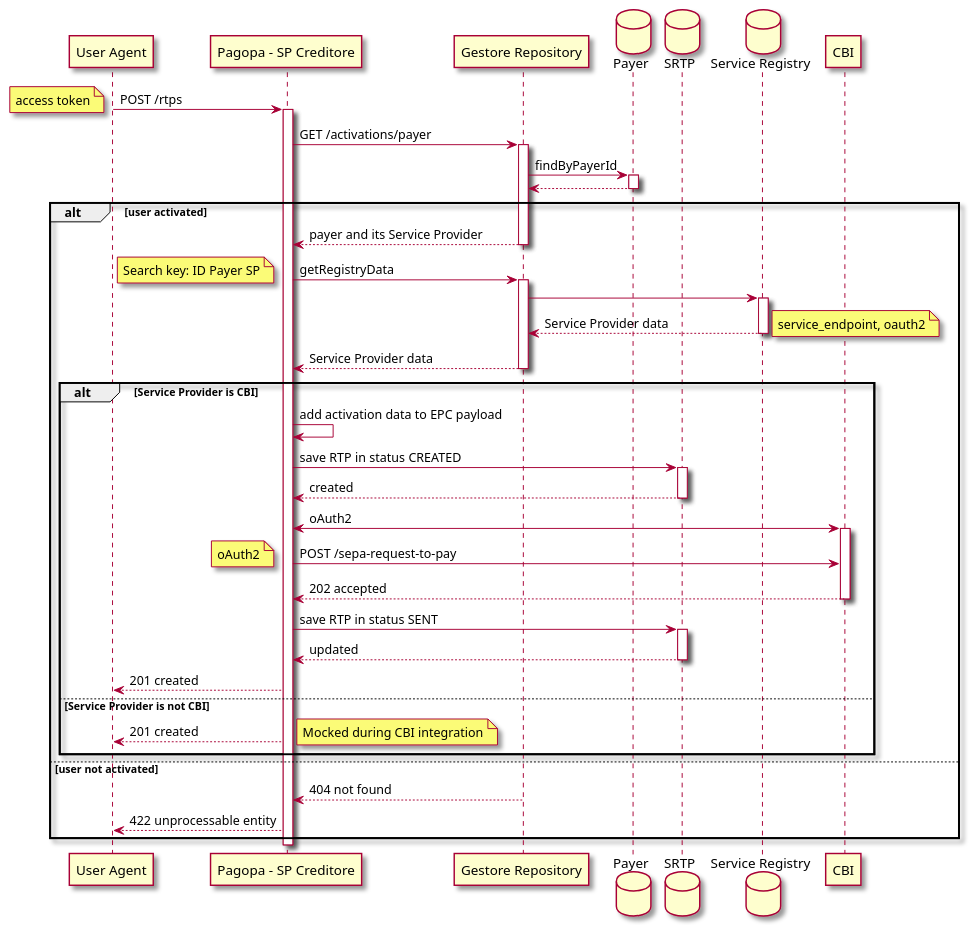
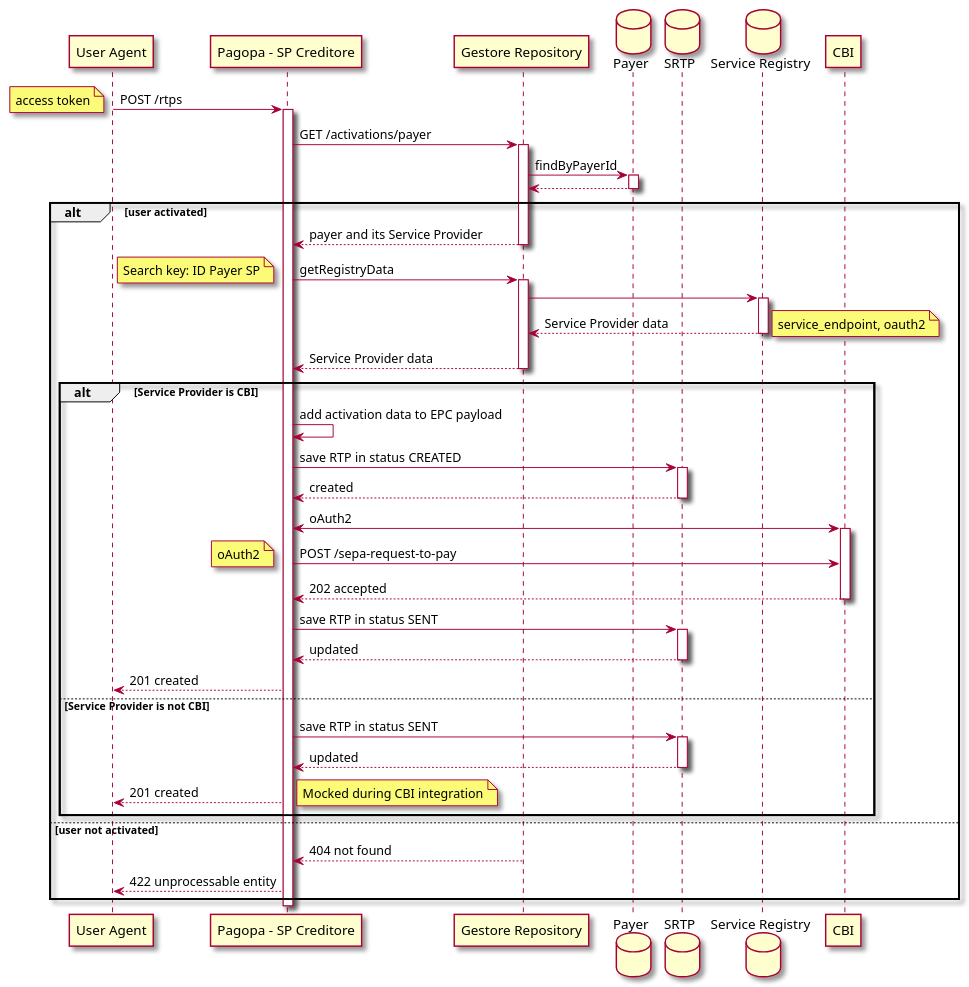
One commit to pagopa/rtp-docs changed the diagram in diagrams/send.puml. Above: the diagram before and after it, drawn with PlantUML.

Commit message:
[SRTP-301] save at DB in mock flow

```diff
--- a/diagrams/send.puml
+++ b/diagrams/send.puml
@@ -1,80 +1,85 @@
 @startuml
 
 skin rose
 participant "User Agent" as UA
 participant "Pagopa - SP Creditore" as SPC
 participant "Gestore Repository" as GR
 database "Payer" as Payer
 database "SRTP" as SRTP
 database "Service Registry" as SR
 participant "CBI" as SPD
 
 UA -> SPC: POST /rtps
 note left: access token
 activate SPC
 
 SPC -> GR: GET /activations/payer
 activate GR
 GR -> Payer: findByPayerId
 activate Payer
 Payer --> GR
 deactivate Payer
 alt user activated
 GR --> SPC: payer and its Service Provider
 deactivate GR
 
 SPC -> GR: getRegistryData
 note left: Search key: ID Payer SP
 activate GR
 GR -> SR
 activate SR
 SR --> GR: Service Provider data
 note right: service_endpoint, oauth2
 deactivate SR
 GR --> SPC: Service Provider data
 deactivate GR
 
 
 alt Service Provider is CBI
 
 SPC -> SPC: add activation data to EPC payload
 
 SPC -> SRTP: save RTP in status CREATED
 activate SRTP
 SRTP --> SPC: created
 deactivate SRTP
 
 SPC <-> SPD: oAuth2
 activate SPD
 
 SPC -> SPD: POST /sepa-request-to-pay
 note left: oAuth2
 SPD --> SPC: 202 accepted
 deactivate SPD
 
 SPC -> SRTP: save RTP in status SENT
 activate SRTP
 SRTP --> SPC: updated
 deactivate SRTP
 
 SPC --> UA: 201 created
 
 else Service Provider is not CBI
 
+SPC -> SRTP: save RTP in status SENT
+activate SRTP
+SRTP --> SPC: updated
+deactivate SRTP
+
 SPC --> UA: 201 created
 note right: Mocked during CBI integration
 
 end
 
 else user not activated
 
 activate GR
 GR --> SPC: 404 not found
 deactivate GR
 SPC --> UA: 422 unprocessable entity
 
 end
 
 deactivate SPC
 
 @enduml
```
